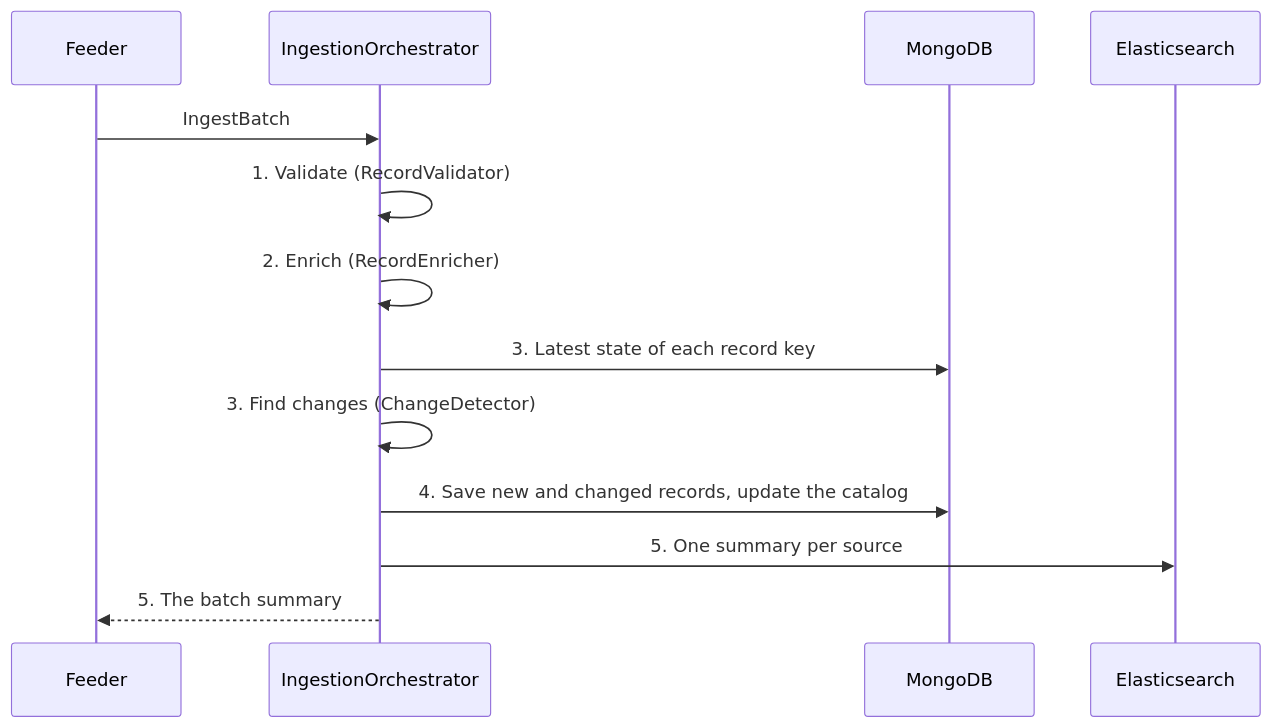
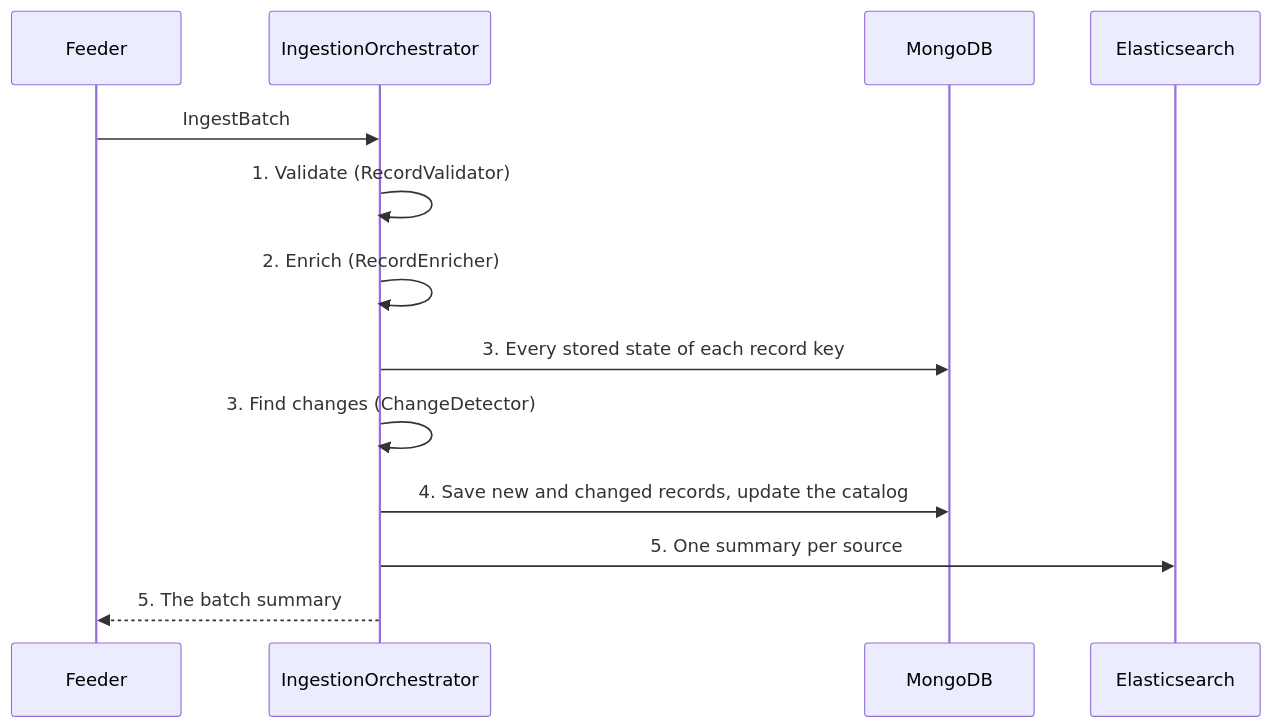
The second of 2 diagrams in UNDERSTANDING.md (ShlomoShoov/Synapsis), drawn with Mermaid before and after one commit. The commit also changed other lines of this file and 76 other files, not shown here.

````diff
--- a/UNDERSTANDING.md
+++ b/UNDERSTANDING.md
@@ -58,15 +62,15 @@
 ```mermaid
 sequenceDiagram
   participant F as Feeder
   participant O as IngestionOrchestrator
   participant DB as MongoDB
   participant ES as Elasticsearch
   F->>O: IngestBatch
   O->>O: 1. Validate (RecordValidator)
   O->>O: 2. Enrich (RecordEnricher)
-  O->>DB: 3. Latest state of each record key
+  O->>DB: 3. Every stored state of each record key
   O->>O: 3. Find changes (ChangeDetector)
   O->>DB: 4. Save new and changed records, update the catalog
   O->>ES: 5. One summary per source
   O-->>F: 5. The batch summary
 ```
````
